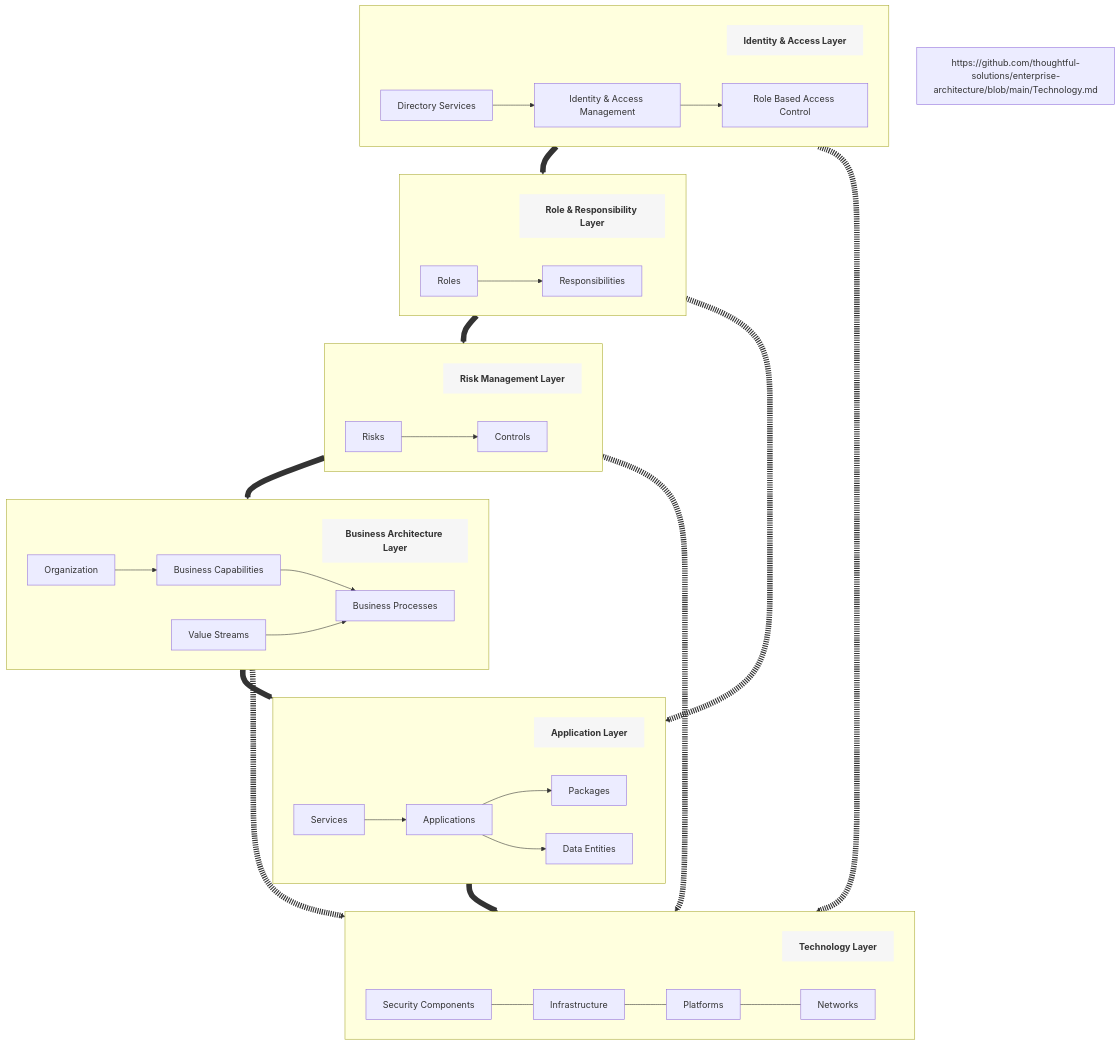
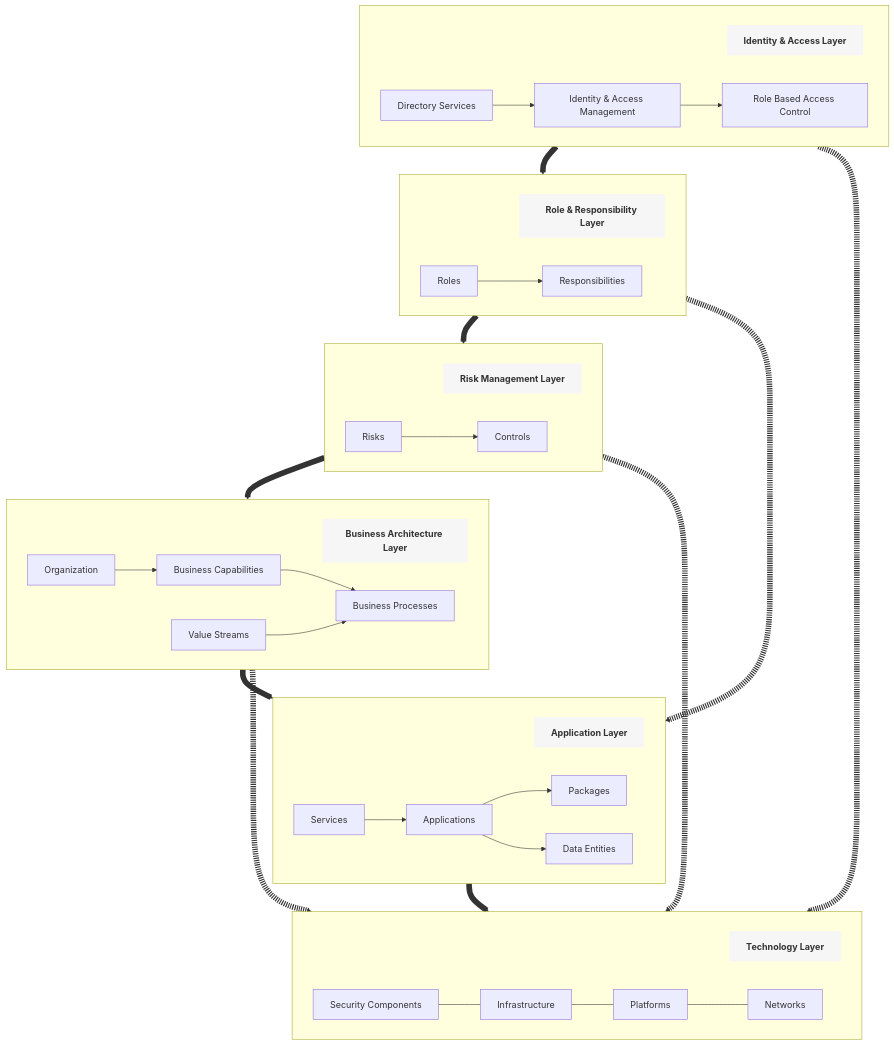
One commit to thoughtful-solutions/enterprise-architecture changed the diagram in README.md. Above: the diagram before and after it, drawn with Mermaid.

```diff
--- a/README.md
+++ b/README.md
@@ -89,7 +89,6 @@
 classDef linkNode fill:#f6f6f6,stroke-width:0,font-weight:bold,text-align:center
 class IdentityLink,RoleRespLink,RiskMgmtLink,BusinessLink,ApplicationLink,TechnologyLink linkNode
 
-https://github.com/thoughtful-solutions/enterprise-architecture/blob/main/Technology.md
     click IdentityLink "https://github.com/thoughtful-solutions/enterprise-architecture/blob/main/Identity.md" _blank
     click RoleRespLink "https://github.com/thoughtful-solutions/enterprise-architecture/blob/main/RoleResp.md" _blank
     click RiskMgmtLink "https://github.com/thoughtful-solutions/enterprise-architecture/blob/main/RiskMgmt.md" _blank
```
